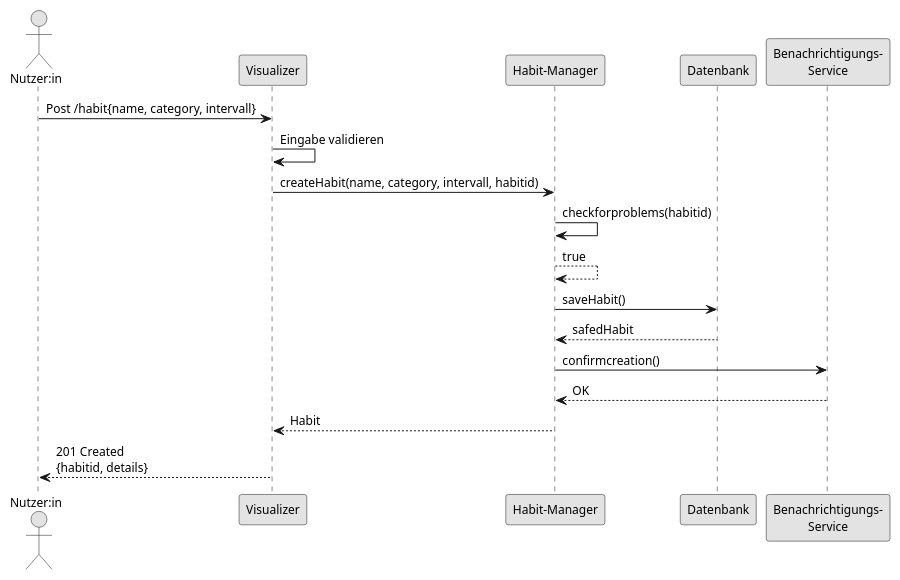
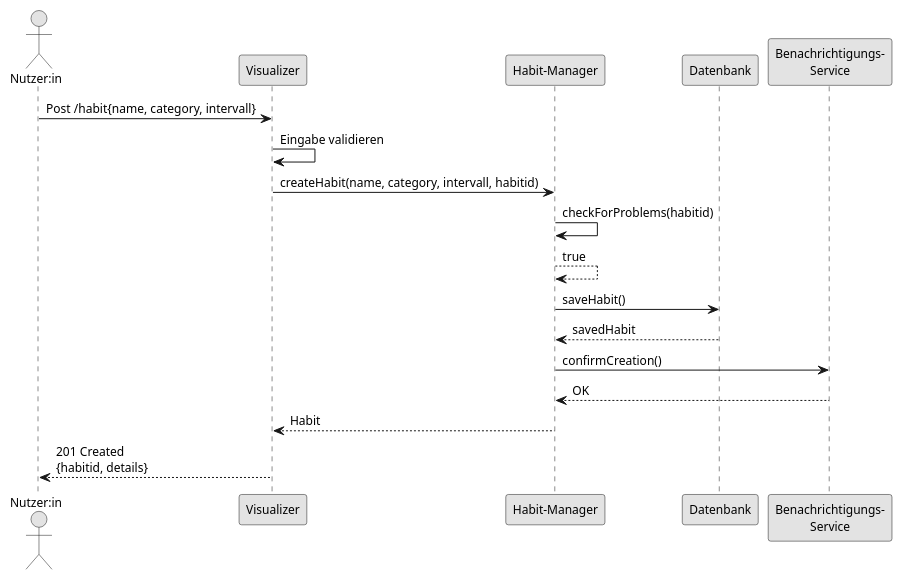
Before and after one commit to nac1dy/Habit-Tracker: the third of 5 diagrams in docs/technical/design.adoc, drawn with PlantUML. The commit also changed other lines of this file and 1 other file, not shown here.

```diff
--- a/docs/technical/design.adoc
+++ b/docs/technical/design.adoc
@@ -174,26 +173,26 @@
 [plantuml, sequence-booking, svg]
 ....
 @startuml
 skinparam monochrome true
 skinparam defaultFontSize 12
 
 actor "Nutzer:in" as user
 participant "Visualizer" as ctrl
 participant "Habit-Manager" as svc
 participant "Datenbank" as repo
 participant "Benachrichtigungs-\nService" as notify
 
 user -> ctrl : Post /habit{name, category, intervall}
 ctrl -> ctrl : Eingabe validieren
 ctrl -> svc : createHabit(name, category, intervall, habitid)
-svc -> svc : checkforproblems(habitid)
+svc -> svc : checkForProblems(habitid)
 svc --> svc : true
 svc -> repo : saveHabit()
-repo --> svc : safedHabit
-svc -> notify : confirmcreation()
+repo --> svc : savedHabit
+svc -> notify : confirmCreation()
 notify --> svc : OK
 svc --> ctrl : Habit
 ctrl --> user : 201 Created\n{habitid, details}
 
 @enduml
 ....
```
